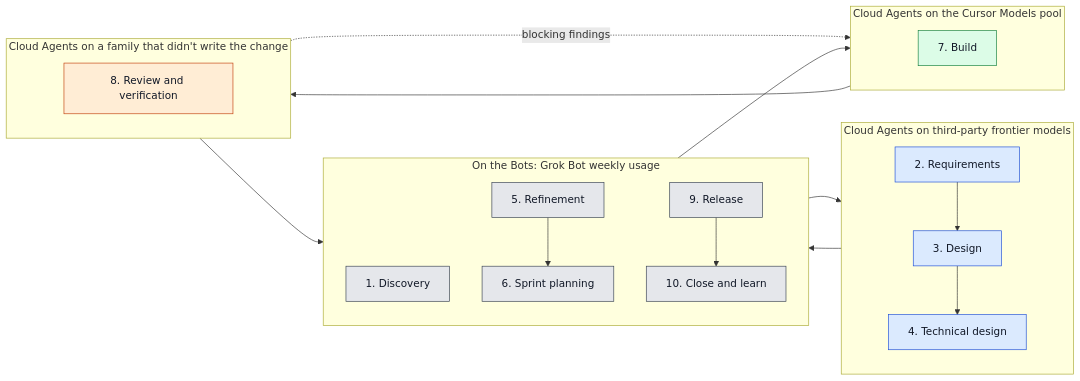
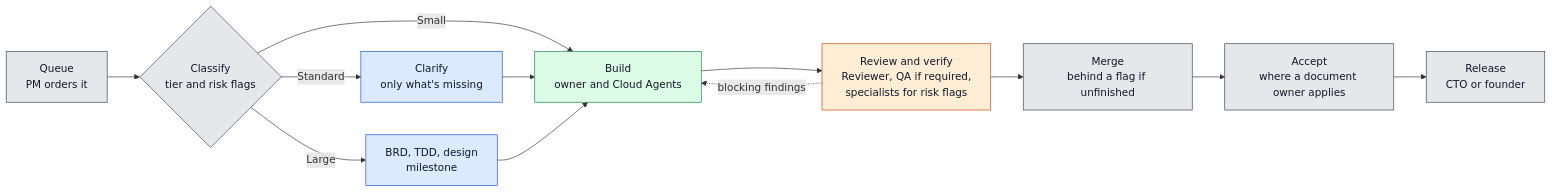
Before and after one commit to sheepnir/GrokBot_DevFlow: the second of 3 diagrams in README.md, drawn with Mermaid. The commit also changed other lines of this file and 20 other files, not shown here.

````diff
--- a/README.md
+++ b/README.md
@@ -118,35 +170,22 @@
 ```mermaid
 flowchart LR
-    subgraph Bots["On the Bots: Grok Bot weekly usage"]
-        direction TB
-        S1["1. Discovery"]
-        S5["5. Refinement"]
-        S6["6. Sprint planning"]
-        S9["9. Release"]
-        S10["10. Close and learn"]
-    end
-    subgraph Frontier["Cloud Agents on third-party frontier models"]
-        direction TB
-        S2["2. Requirements"]
-        S3["3. Design"]
-        S4["4. Technical design"]
-    end
-    subgraph Cursor["Cloud Agents on the Cursor Models pool"]
-        direction TB
-        S7["7. Build"]
-    end
-    subgraph Checks["Cloud Agents on a family that didn't write the change"]
-        direction TB
-        S8["8. Review and verification"]
-    end
-    S1 --> S2 --> S3 --> S4 --> S5 --> S6 --> S7 --> S8 --> S9 --> S10
-    S8 -. blocking findings .-> S7
+    Q["Queue<br>PM orders it"] --> C{"Classify<br>tier and risk flags"}
+    C -->|Small| B["Build<br>owner and Cloud Agents"]
+    C -->|Standard| D["Clarify<br>only what's missing"]
+    C -->|Large| L["BRD, TDD, design<br>milestone"]
+    D --> B
+    L --> B
+    B --> R["Review and verify<br>Reviewer, QA if required,<br>specialists for risk flags"]
+    R -. blocking findings .-> B
+    R --> M["Merge<br>behind a flag if unfinished"]
+    M --> A["Accept<br>where a document owner applies"]
+    A --> REL["Release<br>CTO or founder"]
     classDef bots fill:#e5e7eb,stroke:#374151,color:#111827
     classDef frontier fill:#dbeafe,stroke:#1d4ed8,color:#111827
     classDef cursor fill:#dcfce7,stroke:#15803d,color:#111827
     classDef checks fill:#ffedd5,stroke:#c2410c,color:#111827
-    class S1,S5,S6,S9,S10 bots
-    class S2,S3,S4 frontier
-    class S7 cursor
-    class S8 checks
+    class Q,C,M,A,REL bots
+    class D,L frontier
+    class B cursor
+    class R checks
 ```
````
